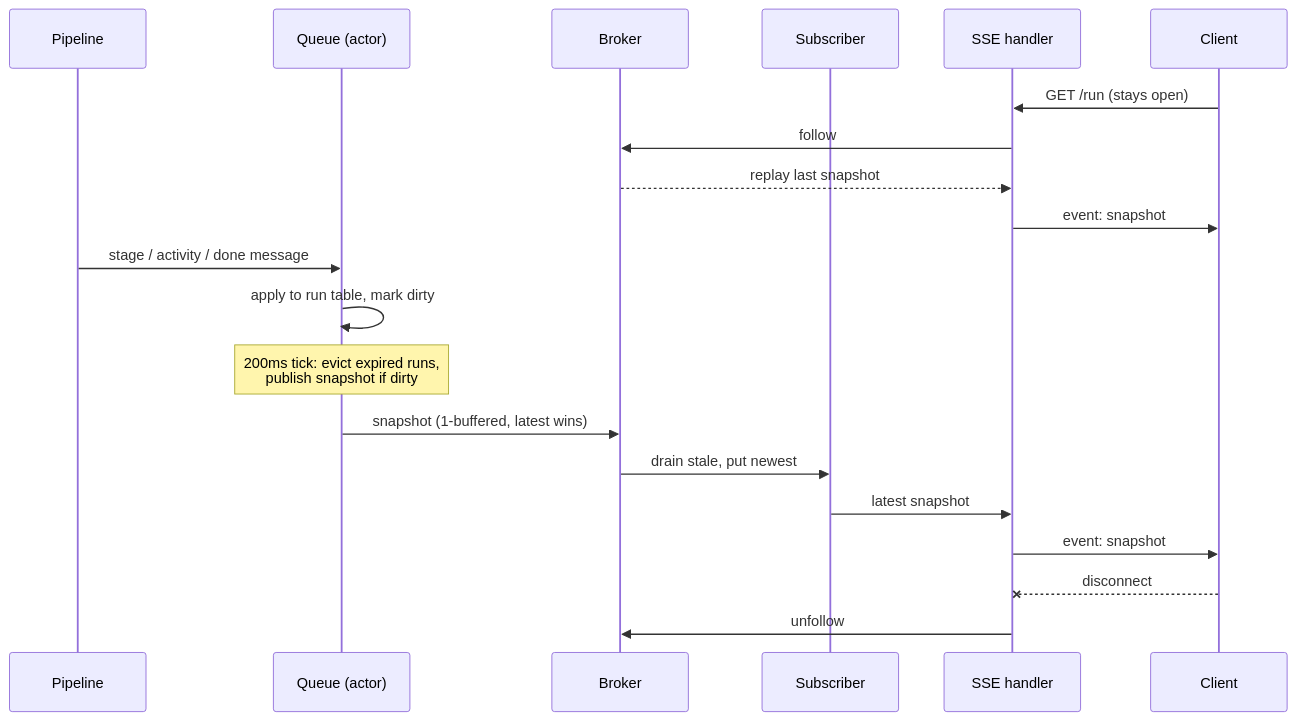
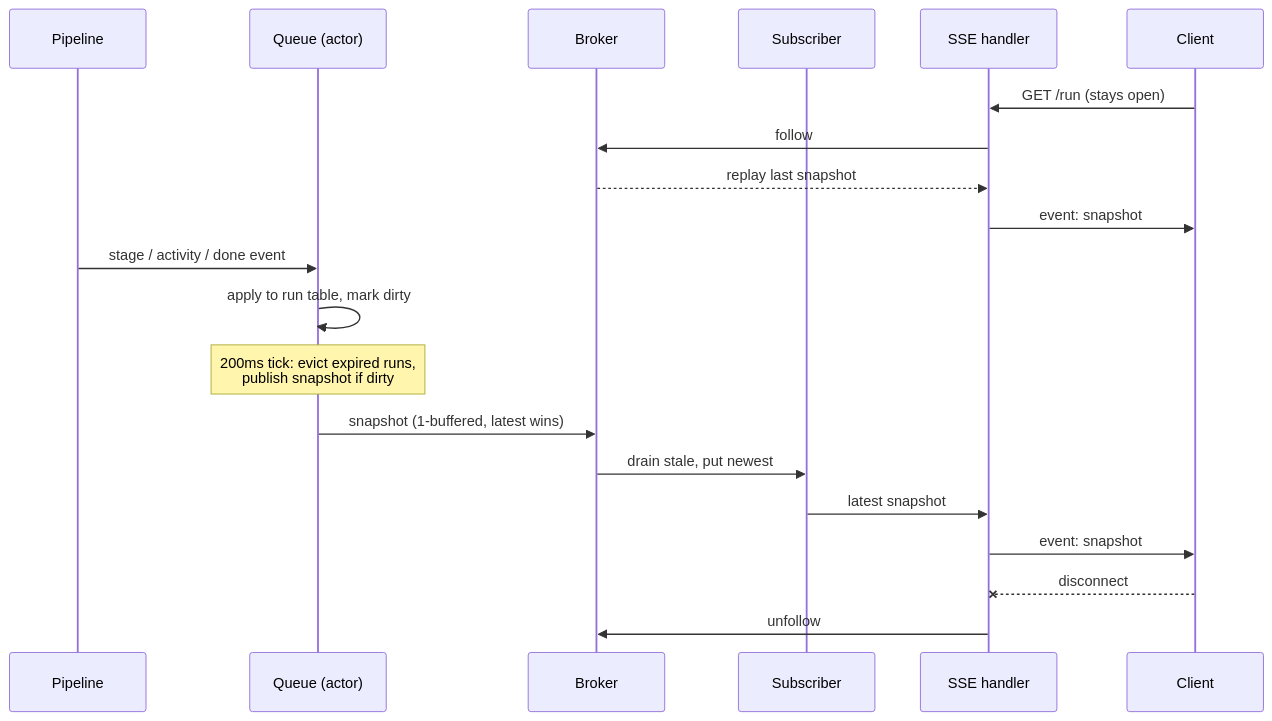
Before and after one commit to HJyup/patchdock: the second of 3 diagrams in ARCHITECTURE.md, drawn with Mermaid. The commit also changed other lines of this file and 4 other files, not shown here.

````diff
--- a/ARCHITECTURE.md
+++ b/ARCHITECTURE.md
@@ -100,25 +100,25 @@
 ```mermaid
 sequenceDiagram
     participant P as Pipeline
     participant Q as Queue (actor)
     participant B as Broker
     participant S as Subscriber
     participant H as SSE handler
     participant C as Client
 
     C->>H: GET /run (stays open)
     H->>B: follow
     B-->>H: replay last snapshot
     H->>C: event: snapshot
 
-    P->>Q: stage / activity / done message
+    P->>Q: stage / activity / done event
     Q->>Q: apply to run table, mark dirty
     Note over Q: 200ms tick: evict expired runs,<br/>publish snapshot if dirty
     Q->>B: snapshot (1-buffered, latest wins)
     B->>S: drain stale, put newest
     S->>H: latest snapshot
     H->>C: event: snapshot
 
     C--xH: disconnect
     H->>B: unfollow
 ```
````
